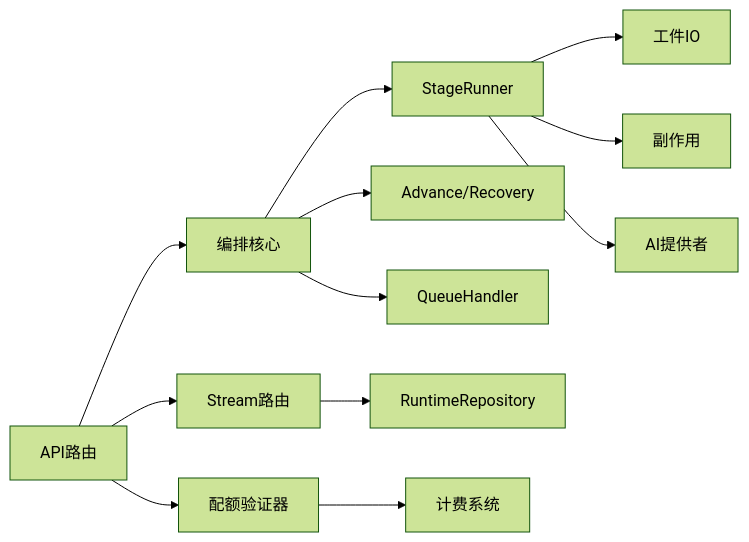
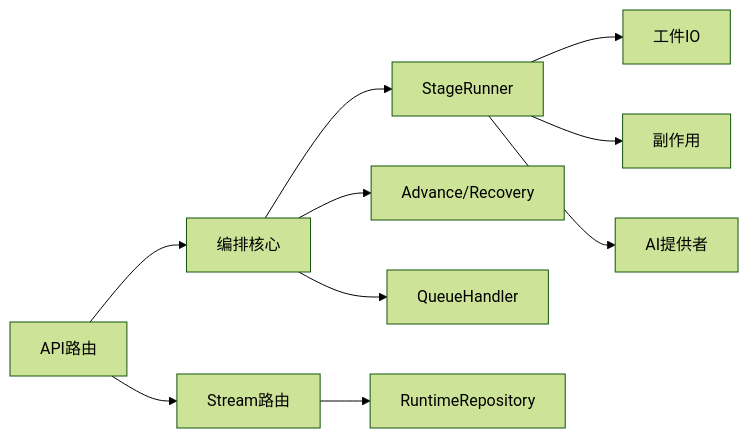
Diagram 11 of 11 in .qoder/repowiki/zh/content/API参考/导演系统API/管道编排API.md (scottcwy/PurpleInk), drawn with Mermaid (forest theme) before and after one commit. The commit also changed other lines of this file and 23 other files, not shown here.

````diff
--- a/.qoder/repowiki/zh/content/API参考/导演系统API/管道编排API.md
+++ b/.qoder/repowiki/zh/content/API参考/导演系统API/管道编排API.md
@@ -507,14 +500,12 @@
 ```mermaid
 graph LR
 API["API路由"] --> Core["编排核心"]
 Core --> Runner["StageRunner"]
 Runner --> IO["工件IO"]
 Runner --> Effects["副作用"]
 Runner --> AI["AI提供者"]
 Core --> State["Advance/Recovery"]
 Core --> Queue["QueueHandler"]
 API --> Stream["Stream路由"]
 Stream --> Repo["RuntimeRepository"]
-API --> Quota["配额验证器"]
-Quota --> Billing["计费系统"]
 ```
````
